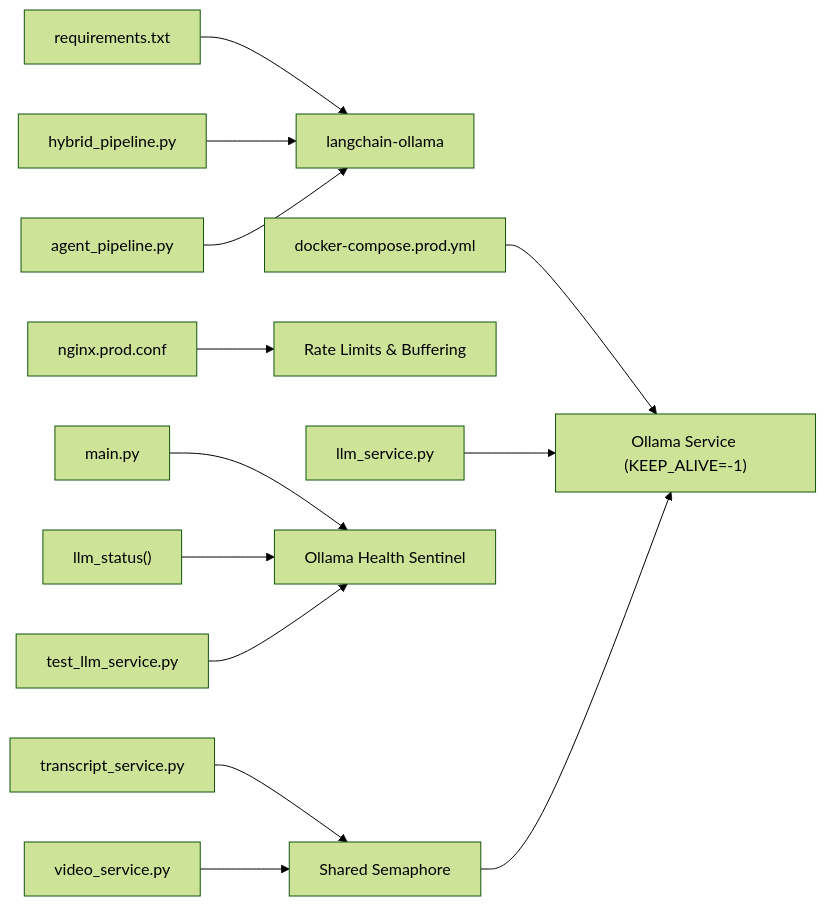
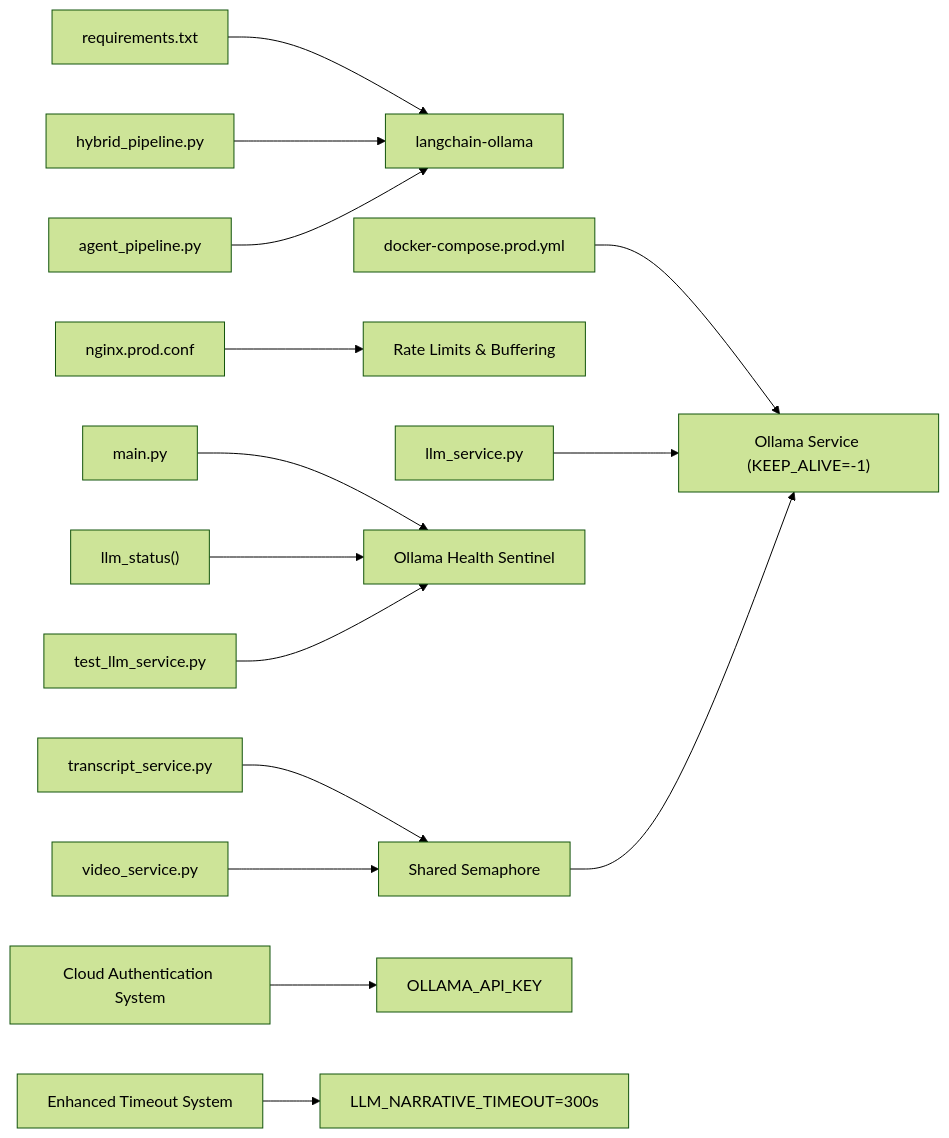
Before and after one commit to Revanththetalogics/aireume: diagram 15 of 15 in .qoder/repowiki/en/content/Analysis Engine/LLM Service Integration.md, drawn with Mermaid (forest theme). The commit also changed other lines of this file and 11 other files, not shown here.

First line of the commit message:
fix: make all LLM configurations cloud-aware to prevent JSON truncation

````diff
--- a/.qoder/repowiki/en/content/Analysis Engine/LLM Service Integration.md
+++ b/.qoder/repowiki/en/content/Analysis Engine/LLM Service Integration.md
@@ -632,15 +742,17 @@
 ```mermaid
 graph LR
 A["requirements.txt"] --> B["langchain-ollama"]
 C["docker-compose.prod.yml"] --> D["Ollama Service (KEEP_ALIVE=-1)"]
 E["nginx.prod.conf"] --> F["Rate Limits & Buffering"]
 G["hybrid_pipeline.py"] --> B
 H["llm_service.py"] --> D
 I["agent_pipeline.py"] --> B
 J["main.py"] --> K["Ollama Health Sentinel"]
 L["llm_status()"] --> K
 M["test_llm_service.py"] --> K
 N["transcript_service.py"] --> O["Shared Semaphore"]
 P["video_service.py"] --> O
 O --> D
+Q["Cloud Authentication System"] --> R["OLLAMA_API_KEY"]
+S["Enhanced Timeout System"] --> T["LLM_NARRATIVE_TIMEOUT=300s"]
 ```
````
